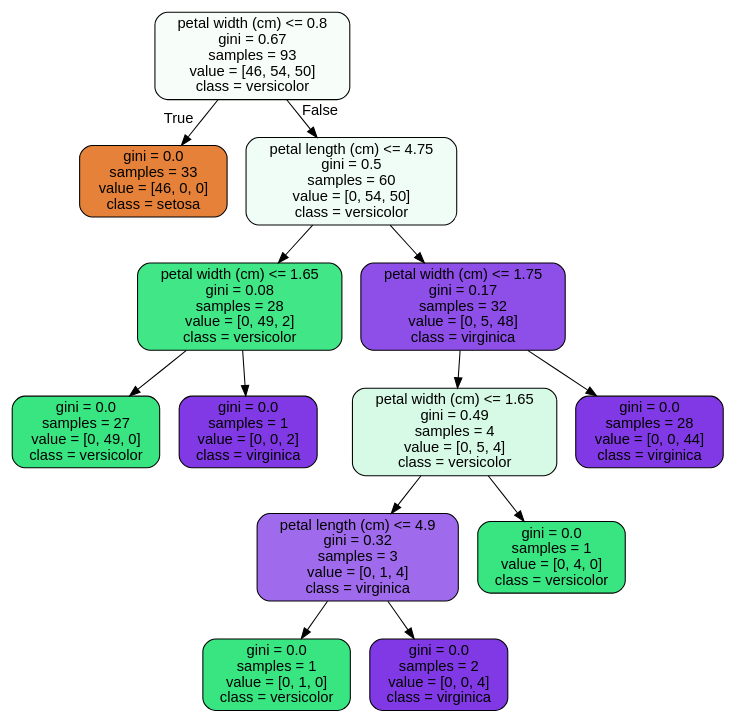
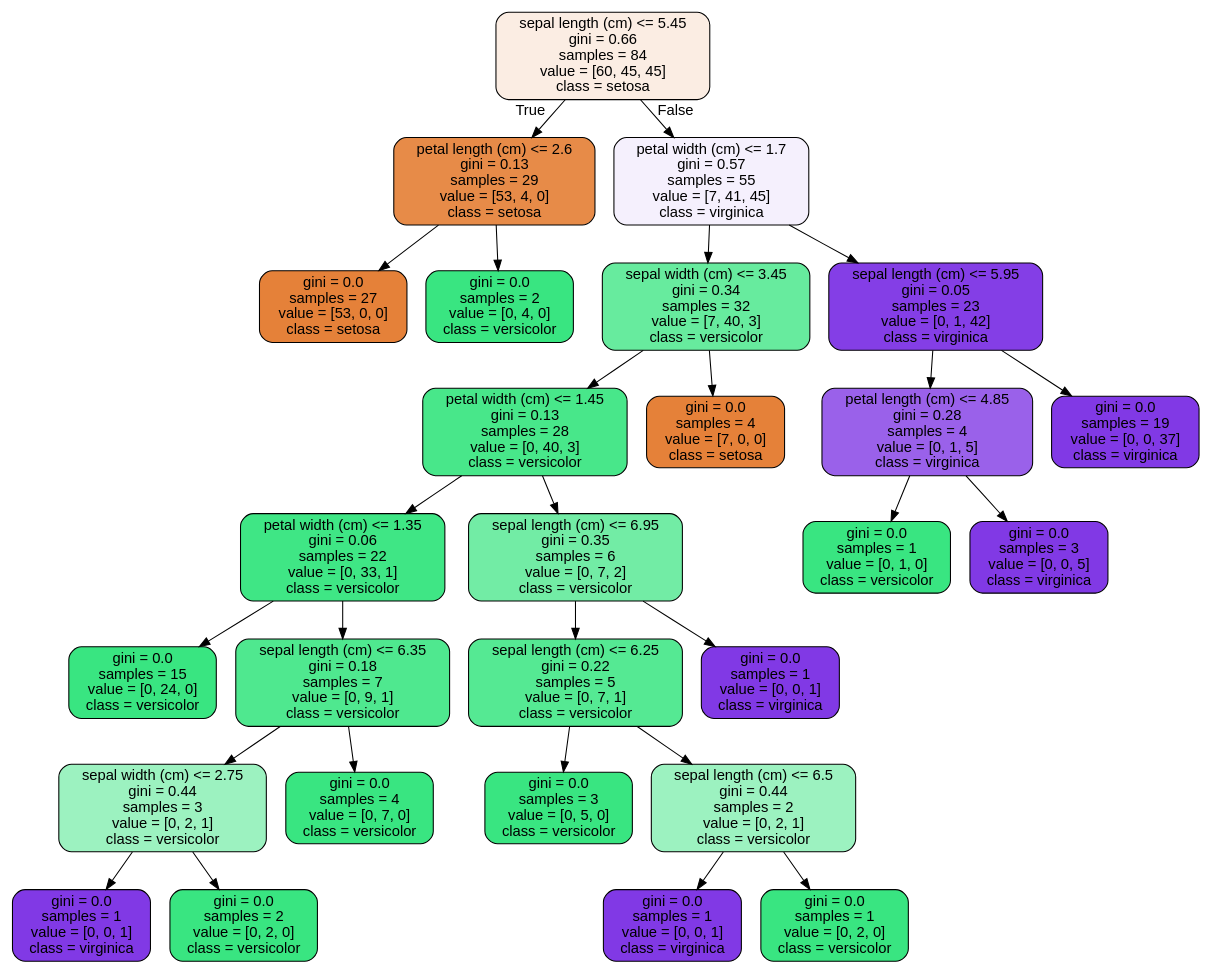
The diagram in RandomForest Covid Case Study/tree.dot (vanslykeaudio/SpringBoardDataScience), drawn with Graphviz before and after one commit. The commit also changed 2 other files, not shown here.

```diff
--- a/RandomForest Covid Case Study/tree.dot
+++ b/RandomForest Covid Case Study/tree.dot
@@ -1,29 +1,57 @@
 digraph Tree {
 node [shape=box, style="filled, rounded", color="black", fontname="helvetica"] ;
 edge [fontname="helvetica"] ;
-0 [label="petal width (cm) <= 0.8\ngini = 0.67\nsamples = 93\nvalue = [46, 54, 50]\nclass = versicolor", fillcolor="#f7fefa"] ;
-1 [label="gini = 0.0\nsamples = 33\nvalue = [46, 0, 0]\nclass = setosa", fillcolor="#e58139"] ;
+0 [label="sepal length (cm) <= 5.45\ngini = 0.66\nsamples = 84\nvalue = [60, 45, 45]\nclass = setosa", fillcolor="#fbede3"] ;
+1 [label="petal length (cm) <= 2.6\ngini = 0.13\nsamples = 29\nvalue = [53, 4, 0]\nclass = setosa", fillcolor="#e78b48"] ;
 0 -> 1 [labeldistance=2.5, labelangle=45, headlabel="True"] ;
-2 [label="petal length (cm) <= 4.75\ngini = 0.5\nsamples = 60\nvalue = [0, 54, 50]\nclass = versicolor", fillcolor="#f0fdf6"] ;
-0 -> 2 [labeldistance=2.5, labelangle=-45, headlabel="False"] ;
-3 [label="petal width (cm) <= 1.65\ngini = 0.08\nsamples = 28\nvalue = [0, 49, 2]\nclass = versicolor", fillcolor="#41e686"] ;
-2 -> 3 ;
-4 [label="gini = 0.0\nsamples = 27\nvalue = [0, 49, 0]\nclass = versicolor", fillcolor="#39e581"] ;
-3 -> 4 ;
-5 [label="gini = 0.0\nsamples = 1\nvalue = [0, 0, 2]\nclass = virginica", fillcolor="#8139e5"] ;
-3 -> 5 ;
-6 [label="petal width (cm) <= 1.75\ngini = 0.17\nsamples = 32\nvalue = [0, 5, 48]\nclass = virginica", fillcolor="#8e4ee8"] ;
-2 -> 6 ;
-7 [label="petal width (cm) <= 1.65\ngini = 0.49\nsamples = 4\nvalue = [0, 5, 4]\nclass = versicolor", fillcolor="#d7fae6"] ;
+2 [label="gini = 0.0\nsamples = 27\nvalue = [53, 0, 0]\nclass = setosa", fillcolor="#e58139"] ;
+1 -> 2 ;
+3 [label="gini = 0.0\nsamples = 2\nvalue = [0, 4, 0]\nclass = versicolor", fillcolor="#39e581"] ;
+1 -> 3 ;
+4 [label="petal width (cm) <= 1.7\ngini = 0.57\nsamples = 55\nvalue = [7, 41, 45]\nclass = virginica", fillcolor="#f5f0fd"] ;
+0 -> 4 [labeldistance=2.5, labelangle=-45, headlabel="False"] ;
+5 [label="sepal width (cm) <= 3.45\ngini = 0.34\nsamples = 32\nvalue = [7, 40, 3]\nclass = versicolor", fillcolor="#67eb9e"] ;
+4 -> 5 ;
+6 [label="petal width (cm) <= 1.45\ngini = 0.13\nsamples = 28\nvalue = [0, 40, 3]\nclass = versicolor", fillcolor="#48e78a"] ;
+5 -> 6 ;
+7 [label="petal width (cm) <= 1.35\ngini = 0.06\nsamples = 22\nvalue = [0, 33, 1]\nclass = versicolor", fillcolor="#3fe685"] ;
 6 -> 7 ;
-8 [label="petal length (cm) <= 4.9\ngini = 0.32\nsamples = 3\nvalue = [0, 1, 4]\nclass = virginica", fillcolor="#a06aec"] ;
+8 [label="gini = 0.0\nsamples = 15\nvalue = [0, 24, 0]\nclass = versicolor", fillcolor="#39e581"] ;
 7 -> 8 ;
-9 [label="gini = 0.0\nsamples = 1\nvalue = [0, 1, 0]\nclass = versicolor", fillcolor="#39e581"] ;
-8 -> 9 ;
-10 [label="gini = 0.0\nsamples = 2\nvalue = [0, 0, 4]\nclass = virginica", fillcolor="#8139e5"] ;
-8 -> 10 ;
-11 [label="gini = 0.0\nsamples = 1\nvalue = [0, 4, 0]\nclass = versicolor", fillcolor="#39e581"] ;
-7 -> 11 ;
-12 [label="gini = 0.0\nsamples = 28\nvalue = [0, 0, 44]\nclass = virginica", fillcolor="#8139e5"] ;
-6 -> 12 ;
+9 [label="sepal length (cm) <= 6.35\ngini = 0.18\nsamples = 7\nvalue = [0, 9, 1]\nclass = versicolor", fillcolor="#4fe88f"] ;
+7 -> 9 ;
+10 [label="sepal width (cm) <= 2.75\ngini = 0.44\nsamples = 3\nvalue = [0, 2, 1]\nclass = versicolor", fillcolor="#9cf2c0"] ;
+9 -> 10 ;
+11 [label="gini = 0.0\nsamples = 1\nvalue = [0, 0, 1]\nclass = virginica", fillcolor="#8139e5"] ;
+10 -> 11 ;
+12 [label="gini = 0.0\nsamples = 2\nvalue = [0, 2, 0]\nclass = versicolor", fillcolor="#39e581"] ;
+10 -> 12 ;
+13 [label="gini = 0.0\nsamples = 4\nvalue = [0, 7, 0]\nclass = versicolor", fillcolor="#39e581"] ;
+9 -> 13 ;
+14 [label="sepal length (cm) <= 6.95\ngini = 0.35\nsamples = 6\nvalue = [0, 7, 2]\nclass = versicolor", fillcolor="#72eca5"] ;
+6 -> 14 ;
+15 [label="sepal length (cm) <= 6.25\ngini = 0.22\nsamples = 5\nvalue = [0, 7, 1]\nclass = versicolor", fillcolor="#55e993"] ;
+14 -> 15 ;
+16 [label="gini = 0.0\nsamples = 3\nvalue = [0, 5, 0]\nclass = versicolor", fillcolor="#39e581"] ;
+15 -> 16 ;
+17 [label="sepal length (cm) <= 6.5\ngini = 0.44\nsamples = 2\nvalue = [0, 2, 1]\nclass = versicolor", fillcolor="#9cf2c0"] ;
+15 -> 17 ;
+18 [label="gini = 0.0\nsamples = 1\nvalue = [0, 0, 1]\nclass = virginica", fillcolor="#8139e5"] ;
+17 -> 18 ;
+19 [label="gini = 0.0\nsamples = 1\nvalue = [0, 2, 0]\nclass = versicolor", fillcolor="#39e581"] ;
+17 -> 19 ;
+20 [label="gini = 0.0\nsamples = 1\nvalue = [0, 0, 1]\nclass = virginica", fillcolor="#8139e5"] ;
+14 -> 20 ;
+21 [label="gini = 0.0\nsamples = 4\nvalue = [7, 0, 0]\nclass = setosa", fillcolor="#e58139"] ;
+5 -> 21 ;
+22 [label="sepal length (cm) <= 5.95\ngini = 0.05\nsamples = 23\nvalue = [0, 1, 42]\nclass = virginica", fillcolor="#843ee6"] ;
+4 -> 22 ;
+23 [label="petal length (cm) <= 4.85\ngini = 0.28\nsamples = 4\nvalue = [0, 1, 5]\nclass = virginica", fillcolor="#9a61ea"] ;
+22 -> 23 ;
+24 [label="gini = 0.0\nsamples = 1\nvalue = [0, 1, 0]\nclass = versicolor", fillcolor="#39e581"] ;
+23 -> 24 ;
+25 [label="gini = 0.0\nsamples = 3\nvalue = [0, 0, 5]\nclass = virginica", fillcolor="#8139e5"] ;
+23 -> 25 ;
+26 [label="gini = 0.0\nsamples = 19\nvalue = [0, 0, 37]\nclass = virginica", fillcolor="#8139e5"] ;
+22 -> 26 ;
 }
```
